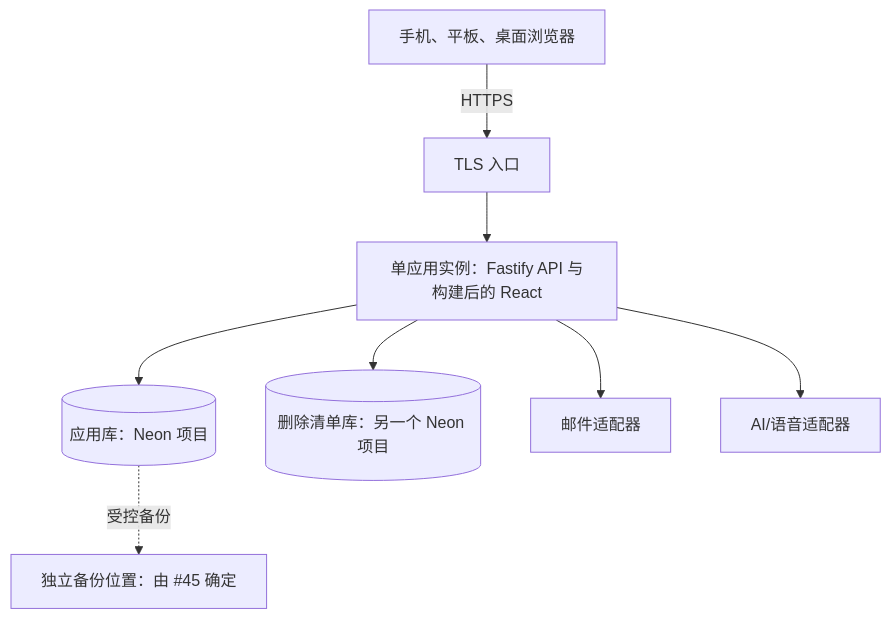
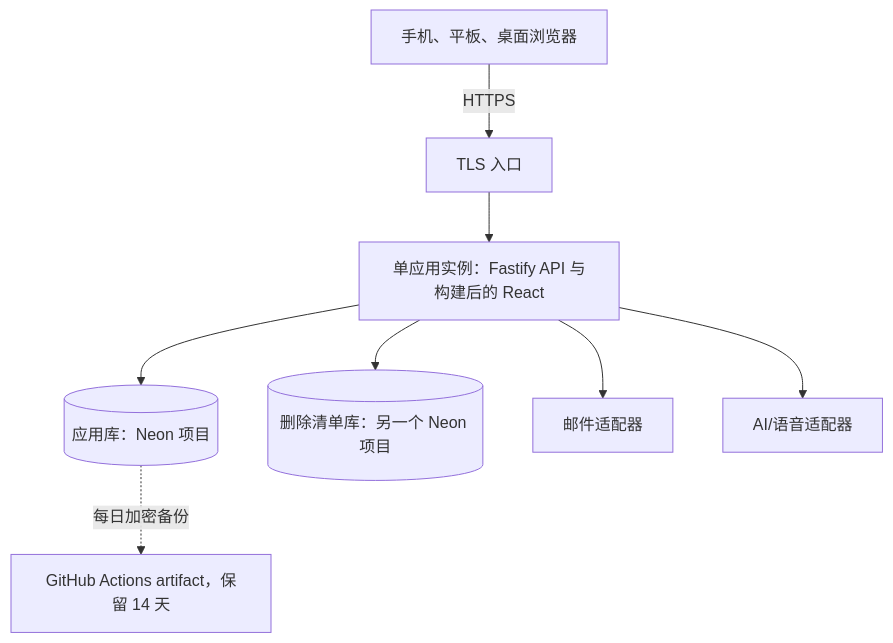
Before and after one commit to juanchaopan/education: the fourth of 5 diagrams in docs/architecture/overview.md, drawn with Mermaid. The commit also changed other lines of this file and 6 other files, not shown here.

````diff
--- a/docs/architecture/overview.md
+++ b/docs/architecture/overview.md
@@ -149,10 +151,10 @@
 ```mermaid
 flowchart TB
   browser[手机、平板、桌面浏览器] -->|HTTPS| ingress[TLS 入口]
   ingress --> app[单应用实例：Fastify API 与构建后的 React]
   app --> pg[(应用库：Neon 项目)]
   app --> ledger[(删除清单库：另一个 Neon 项目)]
-  pg -. 受控备份 .-> backup[独立备份位置：由 #45 确定]
+  pg -. 每日加密备份 .-> backup[GitHub Actions artifact，保留 14 天]
   app --> email[邮件适配器]
   app --> provider[AI/语音适配器]
 ```
````
